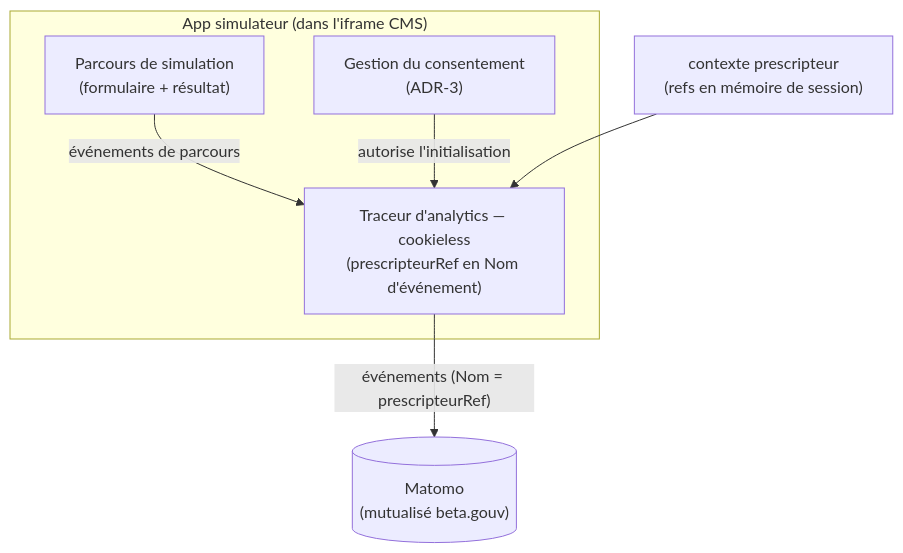
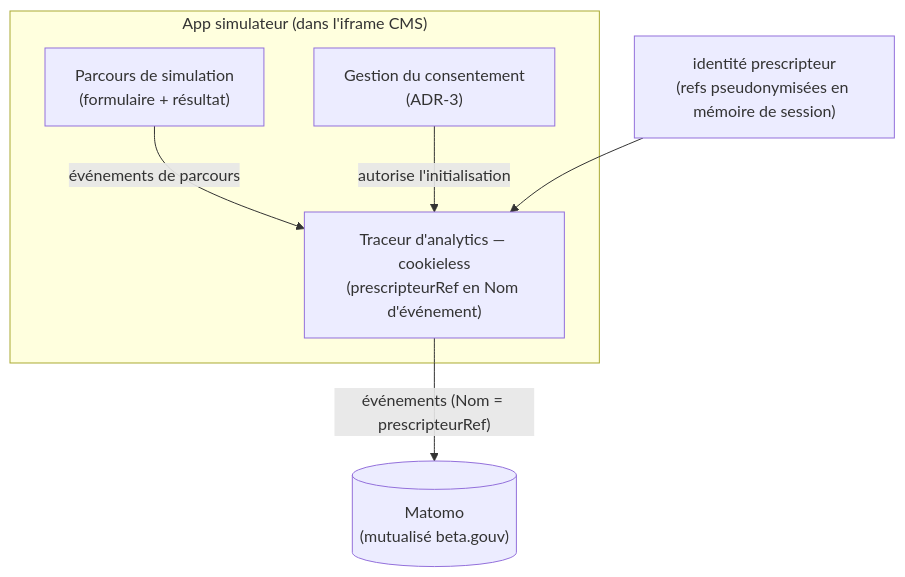
The diagram in docs/architecture/analytics.md (betagouv/transports-sanitaires), drawn with Mermaid before and after one commit. The commit also changed other lines of this file and 25 other files, not shown here.

````diff
--- a/docs/architecture/analytics.md
+++ b/docs/architecture/analytics.md
@@ -78,14 +78,14 @@
 ```mermaid
 flowchart TB
     subgraph simu["App simulateur (dans l'iframe CMS)"]
         parcours["Parcours de simulation<br/>(formulaire + résultat)"]
         consent["Gestion du consentement<br/>(ADR-3)"]
         traceur["Traceur d'analytics — cookieless<br/>(prescripteurRef en Nom d'événement)"]
         parcours -->|"événements de parcours"| traceur
         consent -->|"autorise l'initialisation"| traceur
     end
     matomo[("Matomo<br/>(mutualisé beta.gouv)")]
 
-    ctx["contexte prescripteur<br/>(refs en mémoire de session)"] --> traceur
+    identite["identité prescripteur<br/>(refs pseudonymisées en mémoire de session)"] --> traceur
     traceur -->|"événements (Nom = prescripteurRef)"| matomo
 ```
````
